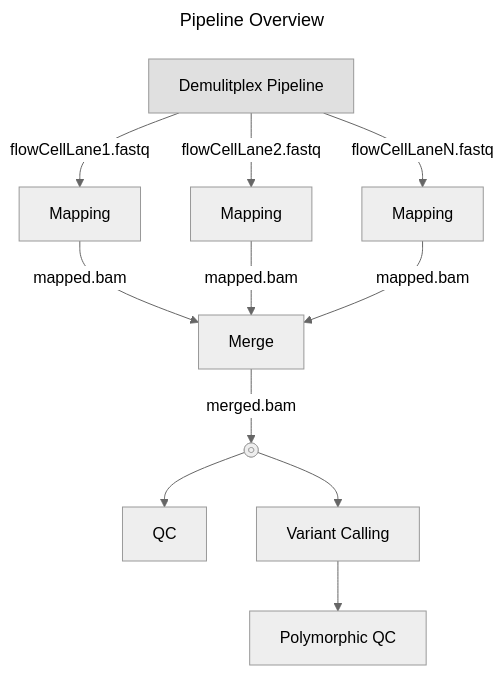
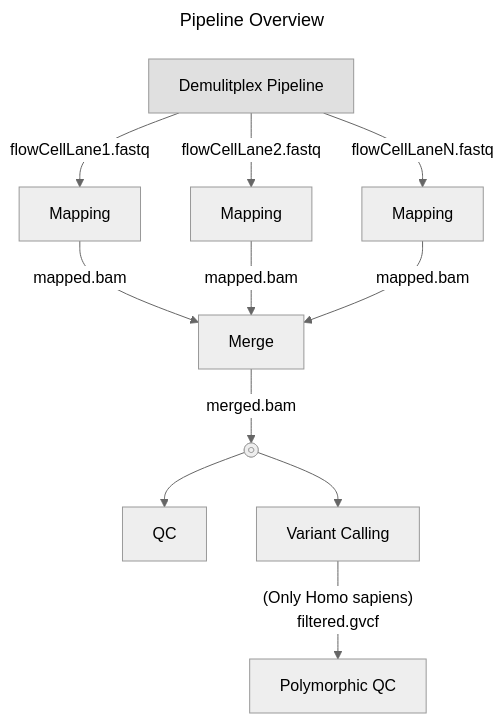
Before and after one commit to NorthwestGenomicsCenter/nwgc-nf-shortread-dna-seq: the first of 8 diagrams in README.MD, drawn with Mermaid (neutral theme).

Commit message:
README.MD - Polymorhpic QC chart

````diff
--- a/README.MD
+++ b/README.MD
@@ -13,21 +13,21 @@
 ```mermaid
 ---
 title: Pipeline Overview
 ---
 graph TB
     A["Demulitplex Pipeline"] -- "flowCellLane1.fastq" --> B
     style A fill:#E0E0E0
     A -- "flowCellLane2.fastq" --> C
     A -- "flowCellLaneN.fastq" --> D
     B["Mapping"] -- "mapped.bam" --> E
     C["Mapping"] -- "mapped.bam" --> E
     D["Mapping"] -- "mapped.bam" --> E
     E["Merge"] -- "merged.bam" --> F
     F@{shape: fr-circ}
     F --> G
     G["QC"]
     F --> H
     H["Variant Calling"]
-    H --> I
+    H -- "(Only Homo sapiens)<BR>filtered.gvcf" --> I
     I["Polymorphic QC"]
 ```
````
